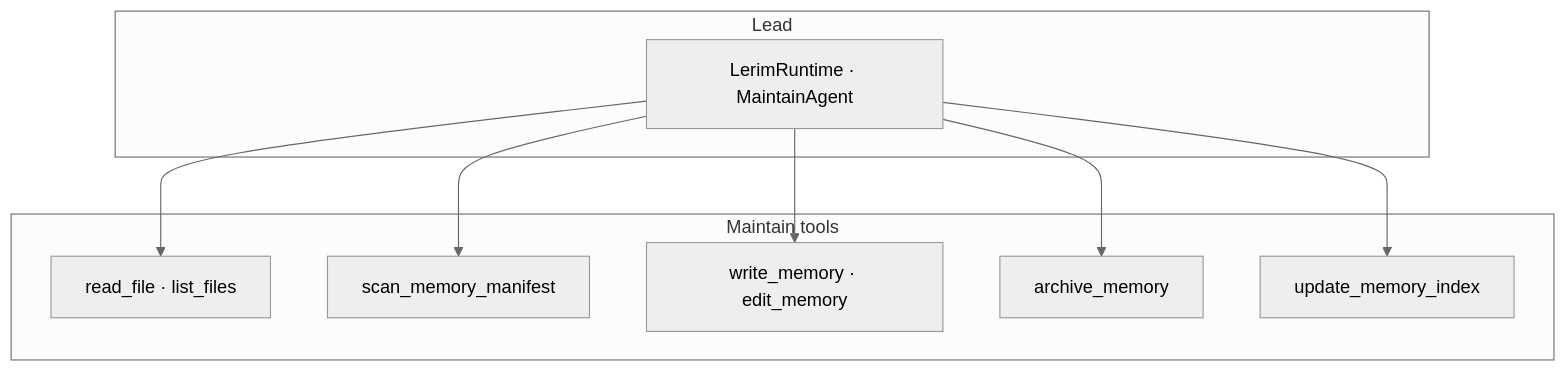
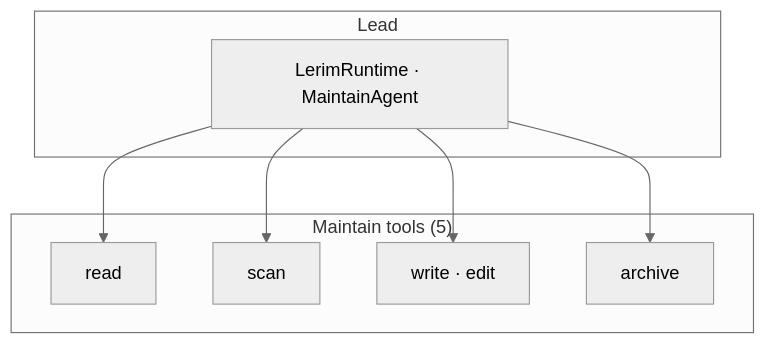
The second of 2 diagrams in README.md (lerim-dev/lerim-cli), drawn with Mermaid (neutral theme) before and after one commit. The commit also changed other lines of this file and 18 other files, not shown here.

````diff
--- a/README.md
+++ b/README.md
@@ -95,18 +91,16 @@
 ```mermaid
 flowchart TB
     subgraph lead_m["Lead"]
         RT_m[LerimRuntime · MaintainAgent]
     end
-    subgraph maintainTools["Maintain tools"]
-        t2["read_file · list_files"]
-        sm2[scan_memory_manifest]
-        wm2["write_memory · edit_memory"]
-        ar[archive_memory]
-        ui2[update_memory_index]
+    subgraph maintainTools["Maintain tools (5)"]
+        t2[read]
+        sm2[scan]
+        wm2["write · edit"]
+        ar[archive]
     end
     RT_m --> t2
     RT_m --> sm2
     RT_m --> wm2
     RT_m --> ar
-    RT_m --> ui2
 ```
````
